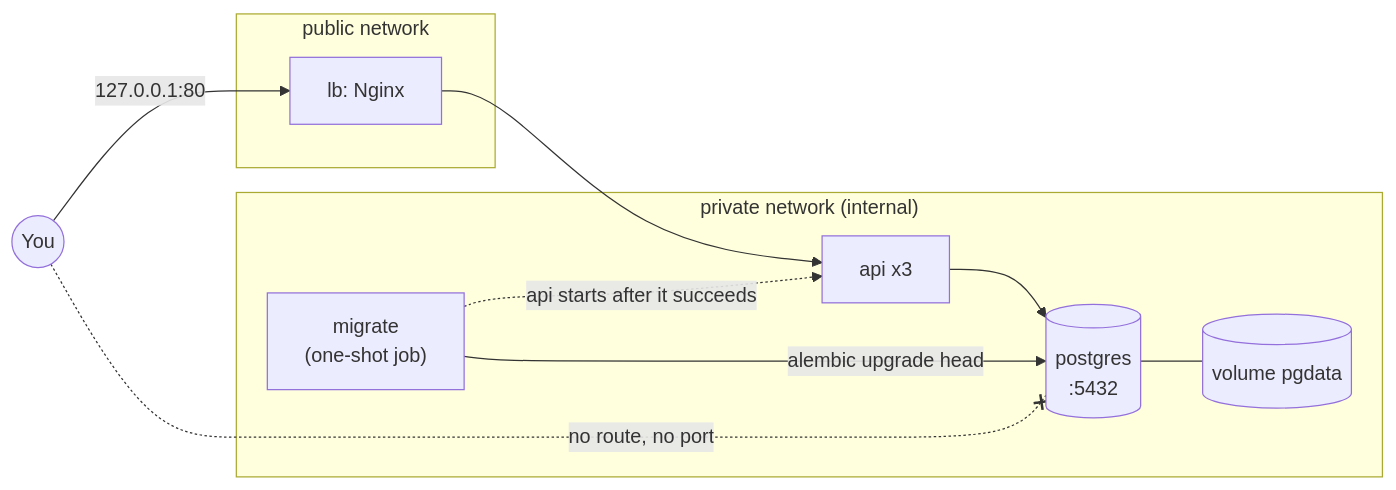
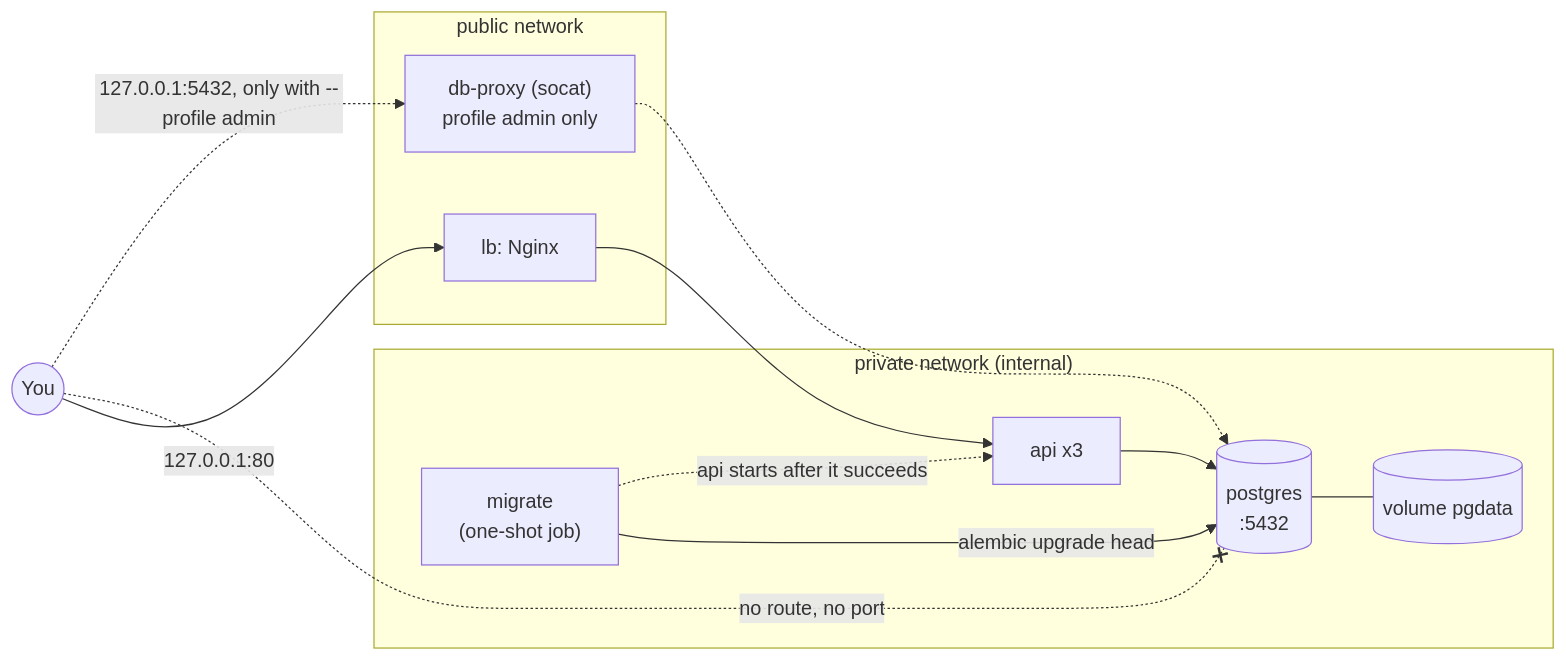
The diagram in docs/labs/04-database.md (moncef2k/aws-local-lab), drawn with Mermaid before and after one commit. The commit also changed other lines of this file and 1 other file, not shown here.

Commit message:
AWSLAB-31 docs: lab 04 step 13 - admin profile

````diff
--- a/docs/labs/04-database.md
+++ b/docs/labs/04-database.md
@@ -77,19 +79,22 @@
 ```mermaid
 flowchart LR
   you((You)) -->|127.0.0.1:80| lb
   subgraph public["public network"]
     lb["lb: Nginx"]
+    proxy["db-proxy (socat)<br/>profile admin only"]
   end
   subgraph private["private network (internal)"]
     api["api x3"]
     mig["migrate<br/>(one-shot job)"]
     pg[("postgres<br/>:5432")]
     vol[("volume pgdata")]
   end
   lb --> api
   api --> pg
   mig -->|"alembic upgrade head"| pg
   mig -. "api starts after it succeeds" .-> api
   pg --- vol
   you -. "no route, no port" .-x pg
+  you -. "127.0.0.1:5432, only with --profile admin" .-> proxy
+  proxy -.-> pg
 ```
````
